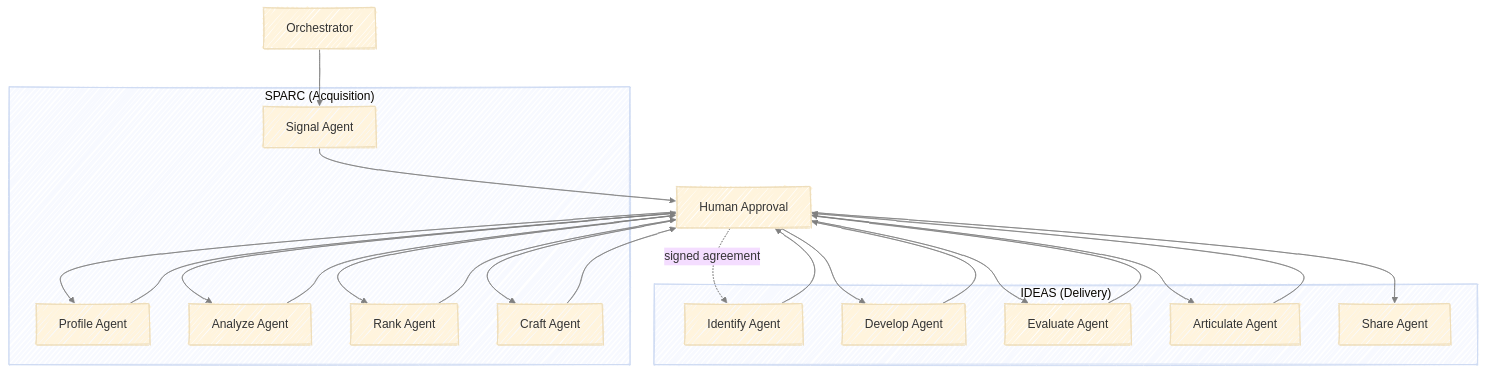
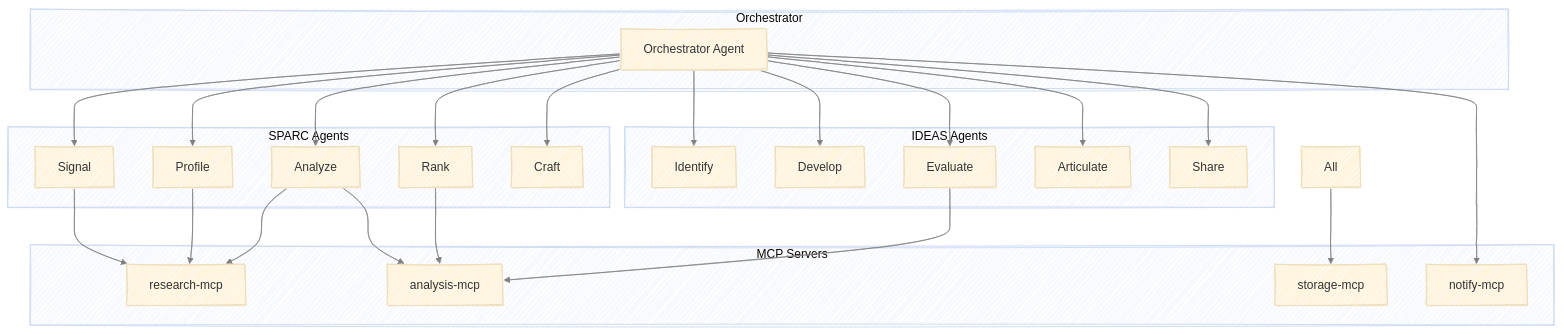
The first of 4 diagrams in Agent_Architecture.md (athrael-soju/framework-generator), drawn with Mermaid before and after one commit. The commit also changed other lines of this file and 1 other file, not shown here.

Commit message:
Refactor Examples.md to align research focus with client contract; enhance clarity on AI architectures and retrieval models. Update hypotheses, data collection methods, and deliverables for improved documentation and developer experience strategy.

````diff
--- a/Agent_Architecture.md
+++ b/Agent_Architecture.md
@@ -7,49 +5,45 @@
 ```mermaid
 ---
 config:
   layout: dagre
   look: handDrawn
   theme: base
   themeVariables:
     lineColor: gray
 ---
 flowchart TB
-    subgraph SPARC ["SPARC (Acquisition)"]
-        S_Agent["Signal Agent"]
-        P_Agent["Profile Agent"]
-        A_Agent["Analyze Agent"]
-        R_Agent["Rank Agent"]
-        C_Agent["Craft Agent"]
+    subgraph Orchestrator
+        O["Orchestrator Agent"]
     end
     
-    subgraph IDEAS ["IDEAS (Delivery)"]
-        I_Agent["Identify Agent"]
-        D_Agent["Develop Agent"]
-        E_Agent["Evaluate Agent"]
-        Ar_Agent["Articulate Agent"]
-        Sh_Agent["Share Agent"]
+    subgraph SPARC ["SPARC Agents"]
+        S_Agent["Signal"]
+        P_Agent["Profile"]
+        A_Agent["Analyze"]
+        R_Agent["Rank"]
+        C_Agent["Craft"]
     end
     
-    Orchestrator["Orchestrator"]
-    Human["Human Approval"]
+    subgraph IDEAS ["IDEAS Agents"]
+        I_Agent["Identify"]
+        D_Agent["Develop"]
+        E_Agent["Evaluate"]
+        Ar_Agent["Articulate"]
+        Sh_Agent["Share"]
+    end
     
-    Orchestrator --> S_Agent
-    S_Agent --> Human
-    Human --> P_Agent
-    P_Agent --> Human
-    Human --> A_Agent
-    A_Agent --> Human
-    Human --> R_Agent
-    R_Agent --> Human
-    Human --> C_Agent
-    C_Agent --> Human
-    Human -.-> |signed agreement| I_Agent
-    I_Agent --> Human
-    Human --> D_Agent
-    D_Agent --> Human
-    Human --> E_Agent
-    E_Agent --> Human
-    Human --> Ar_Agent
-    Ar_Agent --> Human
-    Human --> Sh_Agent
+    subgraph MCP ["MCP Servers"]
+        Research["research-mcp"]
+        Analysis["analysis-mcp"]
+        Storage["storage-mcp"]
+        Notify["notify-mcp"]
+    end
+    
+    O --> S_Agent & P_Agent & A_Agent & R_Agent & C_Agent
+    O --> I_Agent & D_Agent & E_Agent & Ar_Agent & Sh_Agent
+    
+    S_Agent & P_Agent & A_Agent --> Research
+    A_Agent & R_Agent & E_Agent --> Analysis
+    All --> Storage
+    O --> Notify
 ```
````
